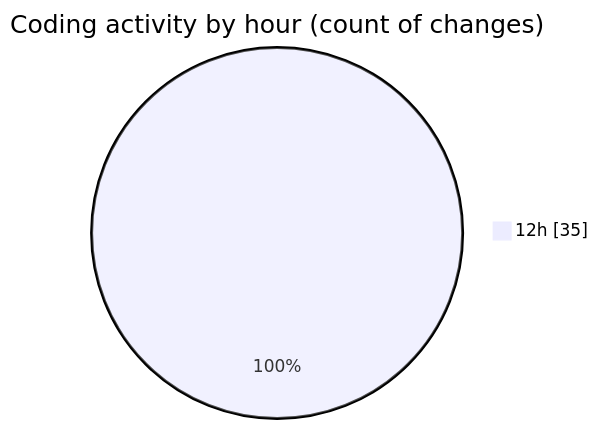
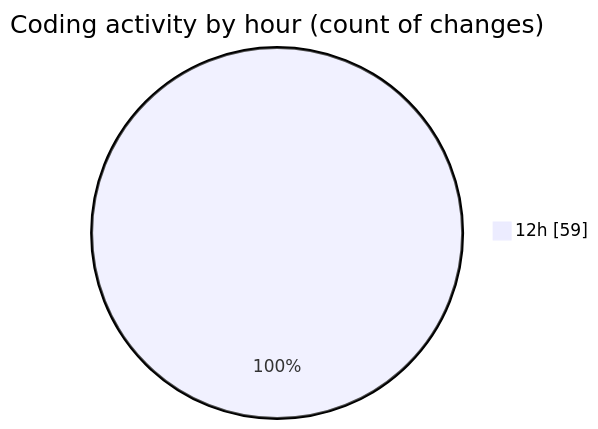
The second of 2 diagrams in 2025-07-19/eduwallet-main/README.md (lephambinh05/code-tracking), drawn with Mermaid before and after one commit. The commit also changed other lines of this file and 1 other file, not shown here.

````diff
--- a/2025-07-19/eduwallet-main/README.md
+++ b/2025-07-19/eduwallet-main/README.md
@@ -49,5 +62,5 @@
 ```mermaid
 pie showData
 title Coding activity by hour (count of changes)
-"12h" : 35
+"12h" : 59
 ```
````
